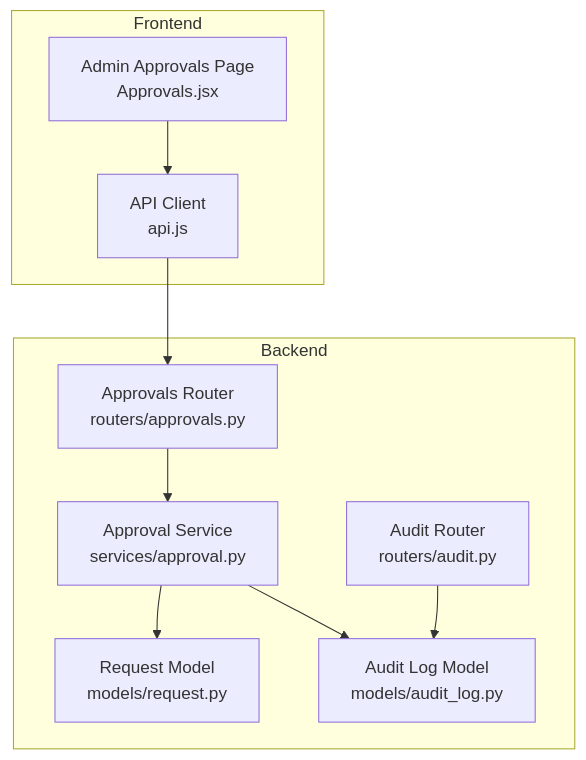
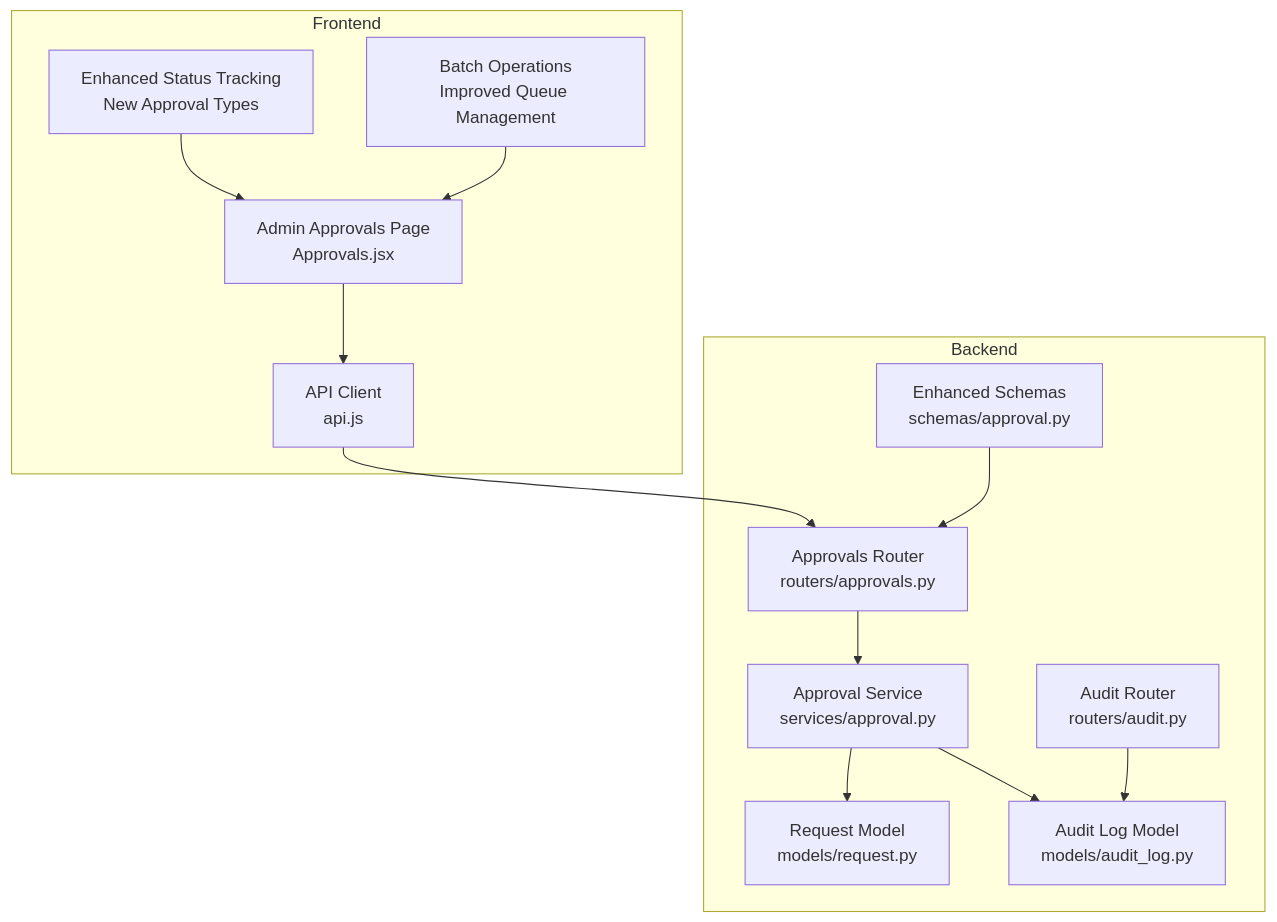
Before and after one commit to 14Lucifer/hackathon_ecs_creator: the first of 3 diagrams in .qoder/repowiki/en/content/Frontend Development/Page Components & Routing/Approval Workflow Management.md, drawn with Mermaid. The commit also changed other lines of this file and 120 other files, not shown here.

````diff
--- a/.qoder/repowiki/en/content/Frontend Development/Page Components & Routing/Approval Workflow Management.md
+++ b/.qoder/repowiki/en/content/Frontend Development/Page Components & Routing/Approval Workflow Management.md
@@ -35,20 +43,26 @@
 ```mermaid
 graph TB
 subgraph "Frontend"
 A["Admin Approvals Page<br/>Approvals.jsx"]
 B["API Client<br/>api.js"]
+C["Enhanced Status Tracking<br/>New Approval Types"]
+D["Batch Operations<br/>Improved Queue Management"]
 end
 subgraph "Backend"
-C["Approvals Router<br/>routers/approvals.py"]
-D["Approval Service<br/>services/approval.py"]
-E["Request Model<br/>models/request.py"]
-F["Audit Log Model<br/>models/audit_log.py"]
-G["Audit Router<br/>routers/audit.py"]
+E["Approvals Router<br/>routers/approvals.py"]
+F["Approval Service<br/>services/approval.py"]
+G["Request Model<br/>models/request.py"]
+H["Audit Log Model<br/>models/audit_log.py"]
+I["Audit Router<br/>routers/audit.py"]
+J["Enhanced Schemas<br/>schemas/approval.py"]
 end
 A --> B
-B --> C
-C --> D
-D --> E
-D --> F
-G --> F
+B --> E
+E --> F
+F --> G
+F --> H
+I --> H
+C --> A
+D --> A
+J --> E
 ```
````
